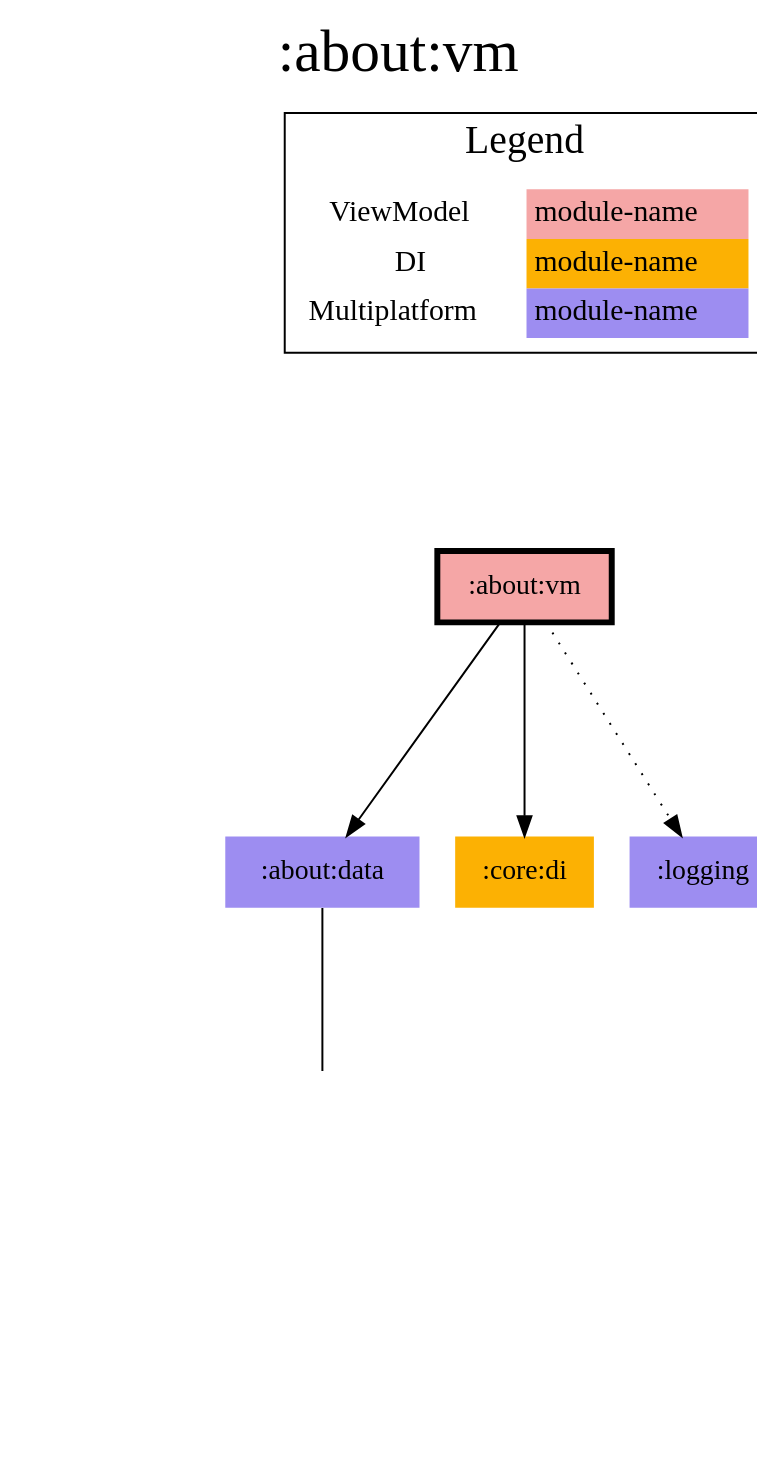
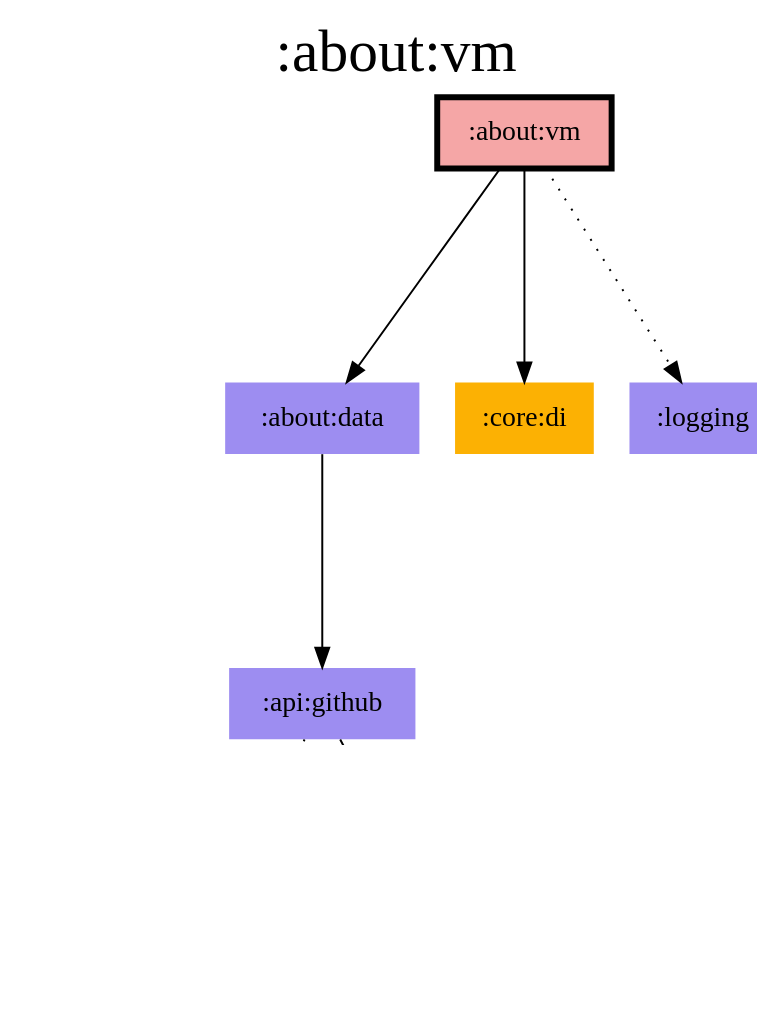
One commit to jonapoul/aktual changed the diagram in modules/about/vm/modules.dot. Above: the diagram before and after it, drawn with Graphviz. The commit also changed 128 other files, not shown here.

```diff
--- a/modules/about/vm/modules.dot
+++ b/modules/about/vm/modules.dot
@@ -1,34 +1,23 @@
 digraph {
 edge ["dir"="forward"]
 graph ["dpi"="100","label"=":about:vm","labelloc"="t","fontsize"="30","ranksep"="1.5","rankdir"="TB"]
 node ["style"="filled"]
 ":about:data" ["fillcolor"="#9D8DF1","shape"="none"]
 ":about:vm" ["fillcolor"="#F5A6A6","color"="black","penwidth"="3","shape"="box"]
 ":api:github" ["fillcolor"="#9D8DF1","shape"="none"]
 ":codegen:annotation" ["fillcolor"="#9D8DF1","shape"="none"]
 ":core:di" ["fillcolor"="#FCB103","shape"="none"]
 ":core:model" ["fillcolor"="#9D8DF1","shape"="none"]
 ":logging" ["fillcolor"="#9D8DF1","shape"="none"]
 {
 edge ["dir"="none"]
 graph ["rank"="same"]
 ":about:vm"
 }
 ":about:data" -> ":api:github"
 ":about:vm" -> ":about:data"
 ":about:vm" -> ":core:di"
 ":about:vm" -> ":logging" ["style"="dotted"]
 ":api:github" -> ":codegen:annotation" ["style"="dotted"]
 ":api:github" -> ":core:model"
-subgraph "cluster_legend" {
-edge ["dir"="none"]
-graph ["label"="Legend","fontsize"="20"]
-"Legend" ["style"="filled","fillcolor"="#FFFFFF","shape"="none","margin"="0","fontsize"="15","label"=<
-<TABLE BORDER="0" CELLBORDER="0" CELLSPACING="0" CELLPADDING="4">
-<TR><TD>ViewModel</TD><TD BGCOLOR="#F5A6A6">module-name</TD></TR>
-<TR><TD>DI</TD><TD BGCOLOR="#FCB103">module-name</TD></TR>
-<TR><TD>Multiplatform</TD><TD BGCOLOR="#9D8DF1">module-name</TD></TR>
-</TABLE>
->]
-} -> ":about:vm" ["style"="invis"]
 }
```
